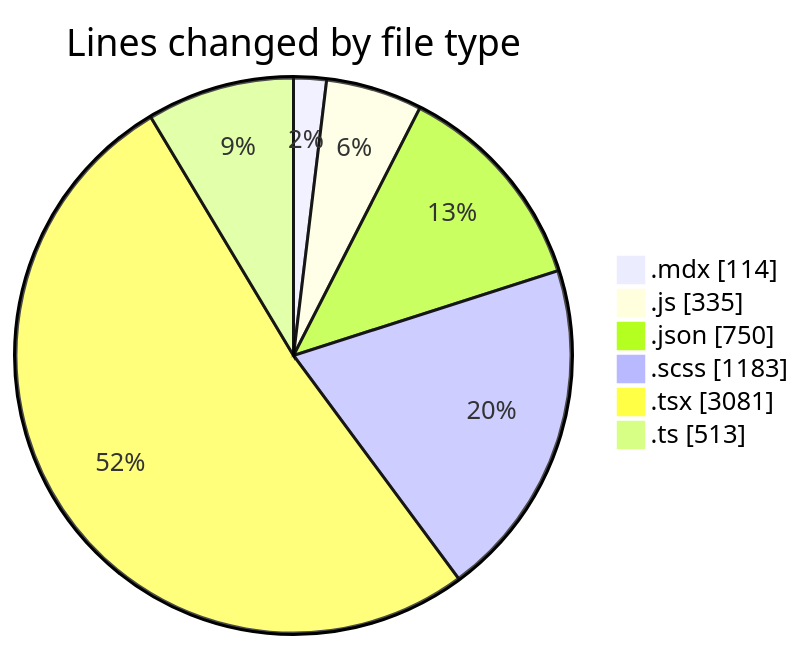
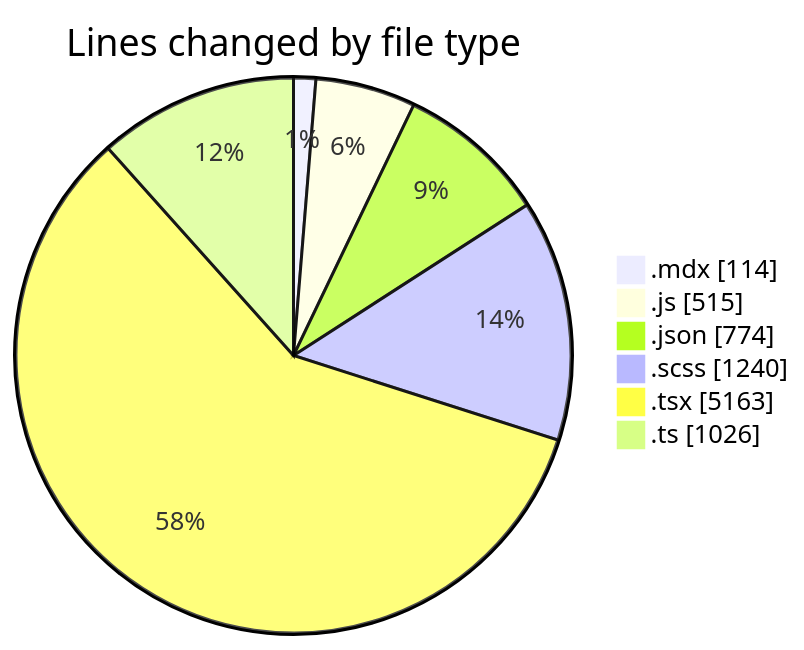
Before and after one commit to momahboobian/code-tracking: the first of 2 diagrams in 2026-08-13/cda/README.md, drawn with Mermaid. The commit also changed other lines of this file and 1 other file, not shown here.

````diff
--- a/2026-08-13/cda/README.md
+++ b/2026-08-13/cda/README.md
@@ -46,10 +46,10 @@
 ```mermaid
 pie showData
 title Lines changed by file type
 ".mdx" : 114
-".js" : 335
-".json" : 750
-".scss" : 1183
-".tsx" : 3081
-".ts" : 513
+".js" : 515
+".json" : 774
+".scss" : 1240
+".tsx" : 5163
+".ts" : 1026
 ```
````
